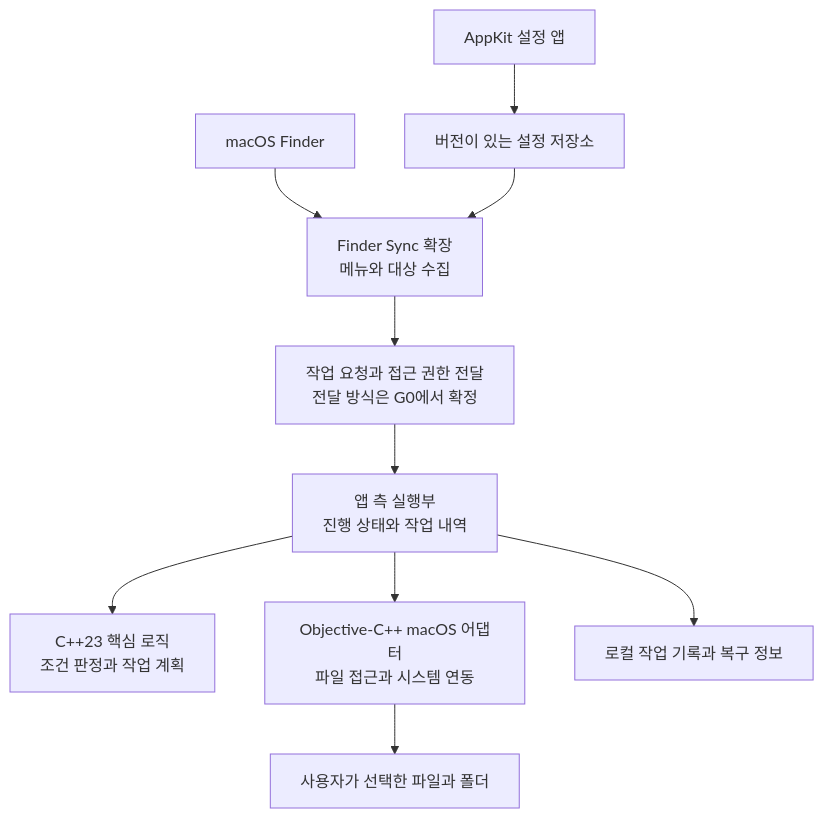
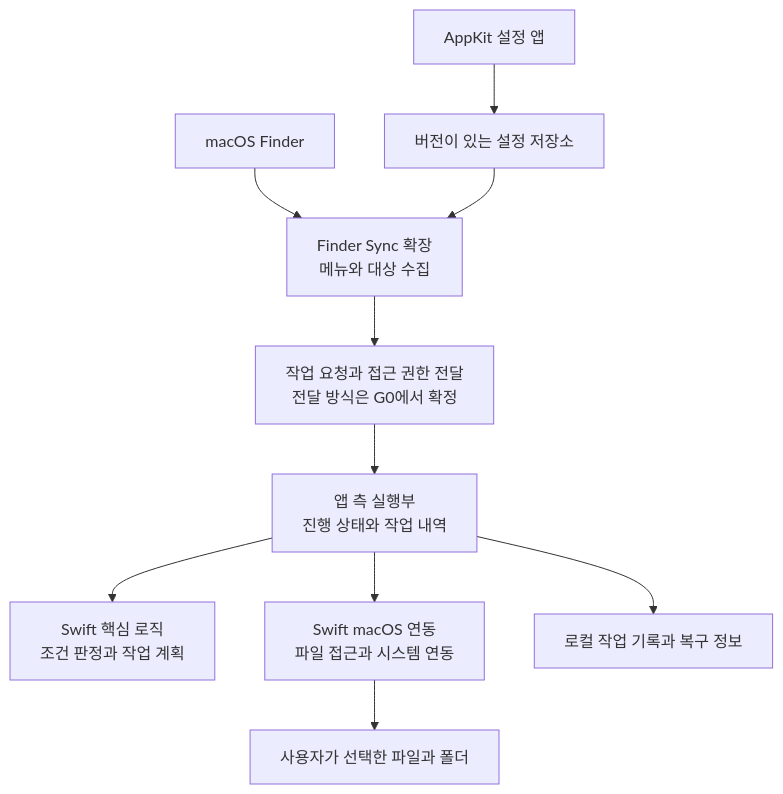
The diagram in docs/BLUEPRINT.md (iisacc-Justmoong/Alright), drawn with Mermaid before and after one commit. The commit also changed other lines of this file and 78 other files, not shown here.

````diff
--- a/docs/BLUEPRINT.md
+++ b/docs/BLUEPRINT.md
@@ -137,12 +147,12 @@
 ```mermaid
 flowchart TD
     Finder[macOS Finder] --> Extension[Finder Sync 확장\n메뉴와 대상 수집]
     Settings[AppKit 설정 앱] --> Config[버전이 있는 설정 저장소]
     Config --> Extension
     Extension --> Request[작업 요청과 접근 권한 전달\n전달 방식은 G0에서 확정]
     Request --> Executor[앱 측 실행부\n진행 상태와 작업 내역]
-    Executor --> Core[C++23 핵심 로직\n조건 판정과 작업 계획]
-    Executor --> Platform[Objective-C++ macOS 어댑터\n파일 접근과 시스템 연동]
+    Executor --> Core[Swift 핵심 로직\n조건 판정과 작업 계획]
+    Executor --> Platform[Swift macOS 연동\n파일 접근과 시스템 연동]
     Platform --> Files[사용자가 선택한 파일과 폴더]
     Executor --> Journal[로컬 작업 기록과 복구 정보]
 ```
````
